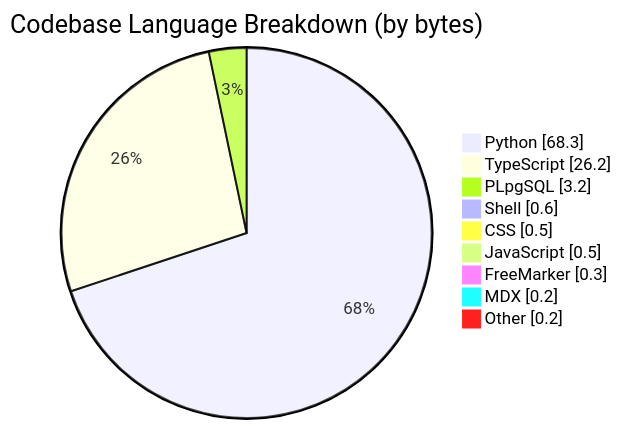
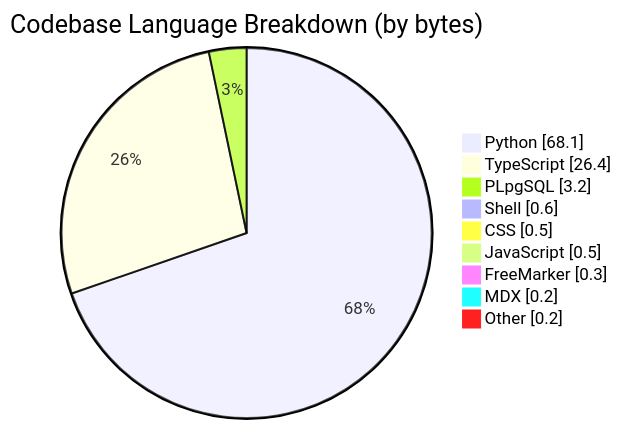
Before and after one commit to CSTH-Projects/.github: the third of 4 diagrams in profile/README.md, drawn with Mermaid. The commit also changed other lines of this file, not shown here.

````diff
--- a/profile/README.md
+++ b/profile/README.md
@@ -63,13 +63,13 @@
 ```mermaid
 pie showData
     title Codebase Language Breakdown (by bytes)
-    "Python" : 68.3
-    "TypeScript" : 26.2
+    "Python" : 68.1
+    "TypeScript" : 26.4
     "PLpgSQL" : 3.2
     "Shell" : 0.6
     "CSS" : 0.5
     "JavaScript" : 0.5
     "FreeMarker" : 0.3
     "MDX" : 0.2
     "Other" : 0.2
 ```
````
